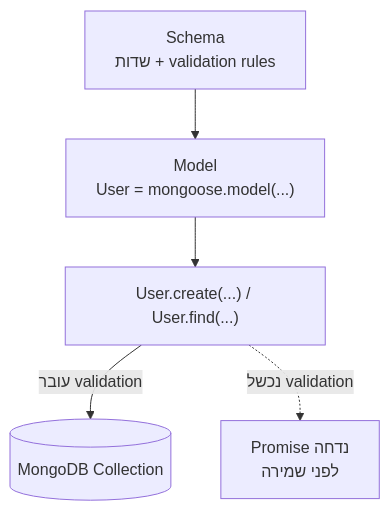
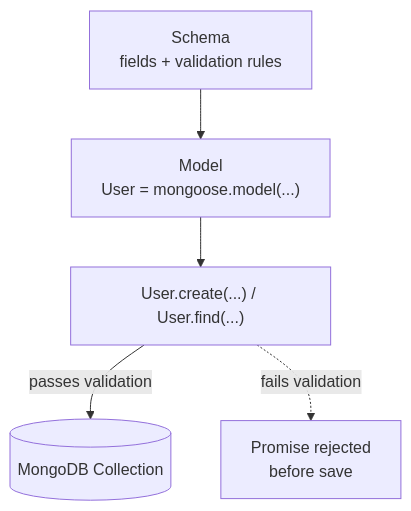
Before and after one commit to neriyaMalachi/FullStack_kodkode_5: the diagram in content/docs/databases/53-mongodb-mongoose-content.md, drawn with Mermaid. The commit also changed other lines of this file and 117 other files, not shown here.

````diff
--- a/content/docs/databases/53-mongodb-mongoose-content.md
+++ b/content/docs/databases/53-mongodb-mongoose-content.md
@@ -47,10 +47,10 @@
 ```mermaid
 flowchart TB
     A["Schema
-    שדות + validation rules"] --> B["Model
+    fields + validation rules"] --> B["Model
     User = mongoose.model(...)"]
     B --> C["User.create(...) / User.find(...)"]
-    C -->|"עובר validation"| D[("MongoDB Collection")]
-    C -.נכשל validation.-> E["Promise נדחה
-    לפני שמירה"]
+    C -->|"passes validation"| D[("MongoDB Collection")]
+    C -.fails validation.-> E["Promise rejected
+    before save"]
 ```
````
